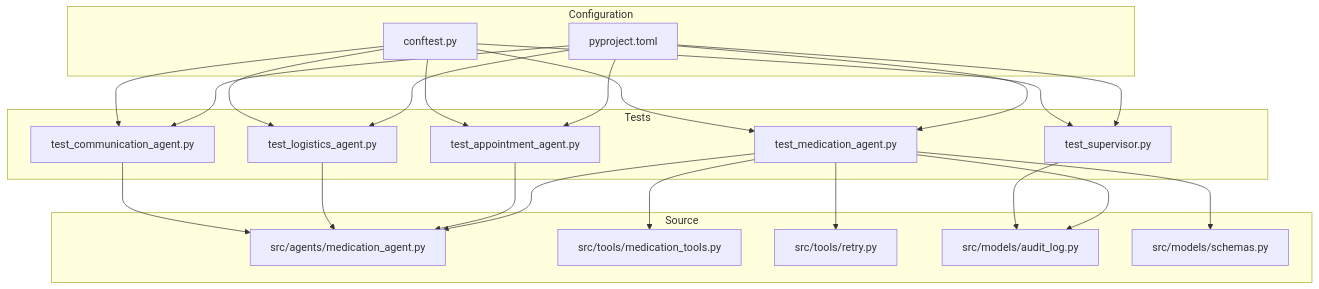
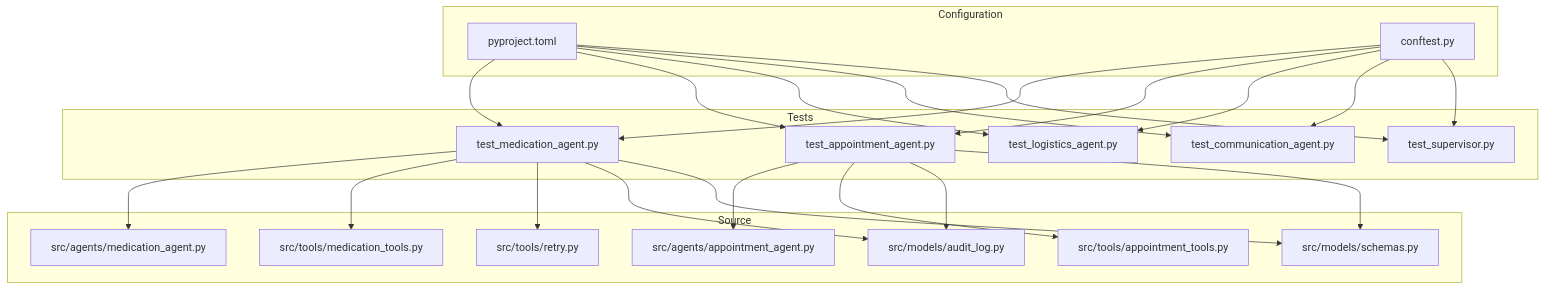
The first of 8 diagrams in .qoder/repowiki/en/content/Testing Strategy/Unit Testing.md (infamous-rebel/CareBridge), drawn with Mermaid before and after one commit. The commit also changed other lines of this file and 6 other files, not shown here.

````diff
--- a/.qoder/repowiki/en/content/Testing Strategy/Unit Testing.md
+++ b/.qoder/repowiki/en/content/Testing Strategy/Unit Testing.md
@@ -38,40 +48,42 @@
 ```mermaid
 graph TB
 subgraph "Tests"
 TMed["test_medication_agent.py"]
 TAppt["test_appointment_agent.py"]
 TLog["test_logistics_agent.py"]
 TComm["test_communication_agent.py"]
 TSuper["test_supervisor.py"]
 end
 subgraph "Configuration"
 PyProj["pyproject.toml"]
 Conf["conftest.py"]
 end
 subgraph "Source"
 MedAgent["src/agents/medication_agent.py"]
+ApptAgent["src/agents/appointment_agent.py"]
 MedTools["src/tools/medication_tools.py"]
+ApptTools["src/tools/appointment_tools.py"]
 Retry["src/tools/retry.py"]
 Audit["src/models/audit_log.py"]
 Schemas["src/models/schemas.py"]
 end
 PyProj --> TMed
 PyProj --> TAppt
 PyProj --> TLog
 PyProj --> TComm
 PyProj --> TSuper
 Conf --> TMed
 Conf --> TAppt
 Conf --> TLog
 Conf --> TComm
 Conf --> TSuper
 TMed --> MedAgent
 TMed --> MedTools
 TMed --> Retry
 TMed --> Audit
 TMed --> Schemas
-TAppt --> MedAgent
-TLog --> MedAgent
-TComm --> MedAgent
-TSuper --> Audit
+TAppt --> ApptAgent
+TAppt --> ApptTools
+TAppt --> Audit
+TAppt --> Schemas
 ```
````
